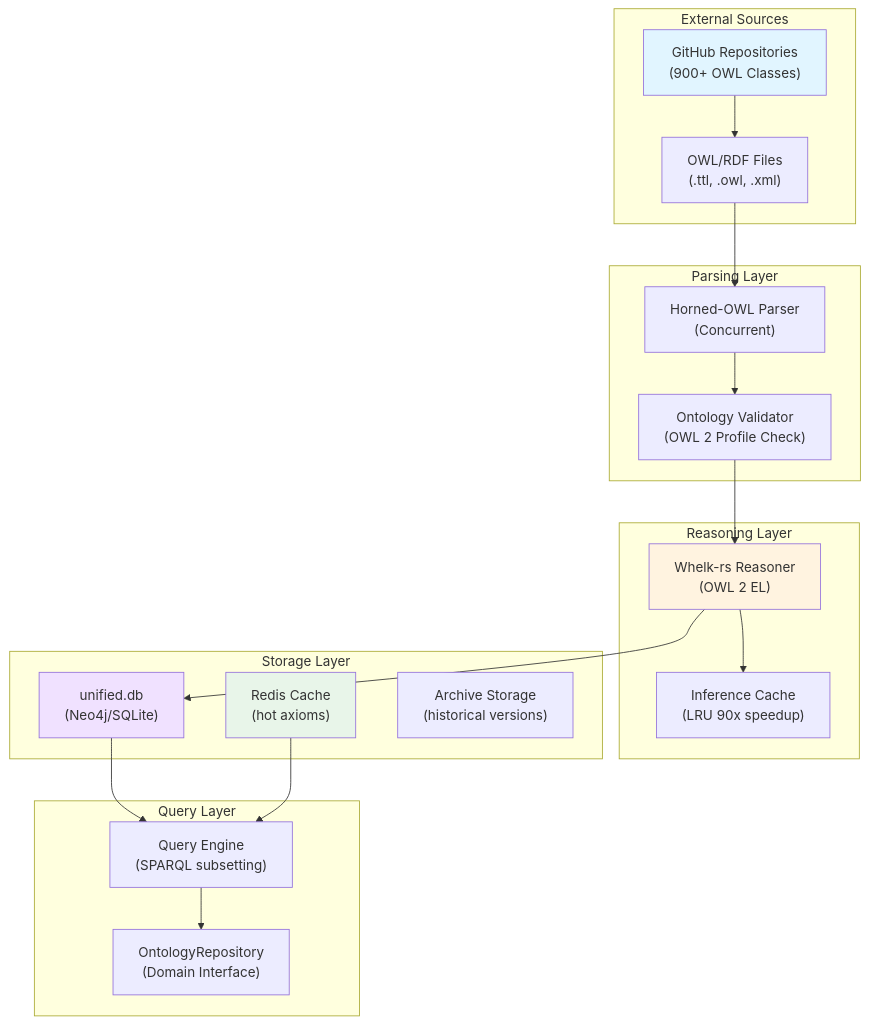
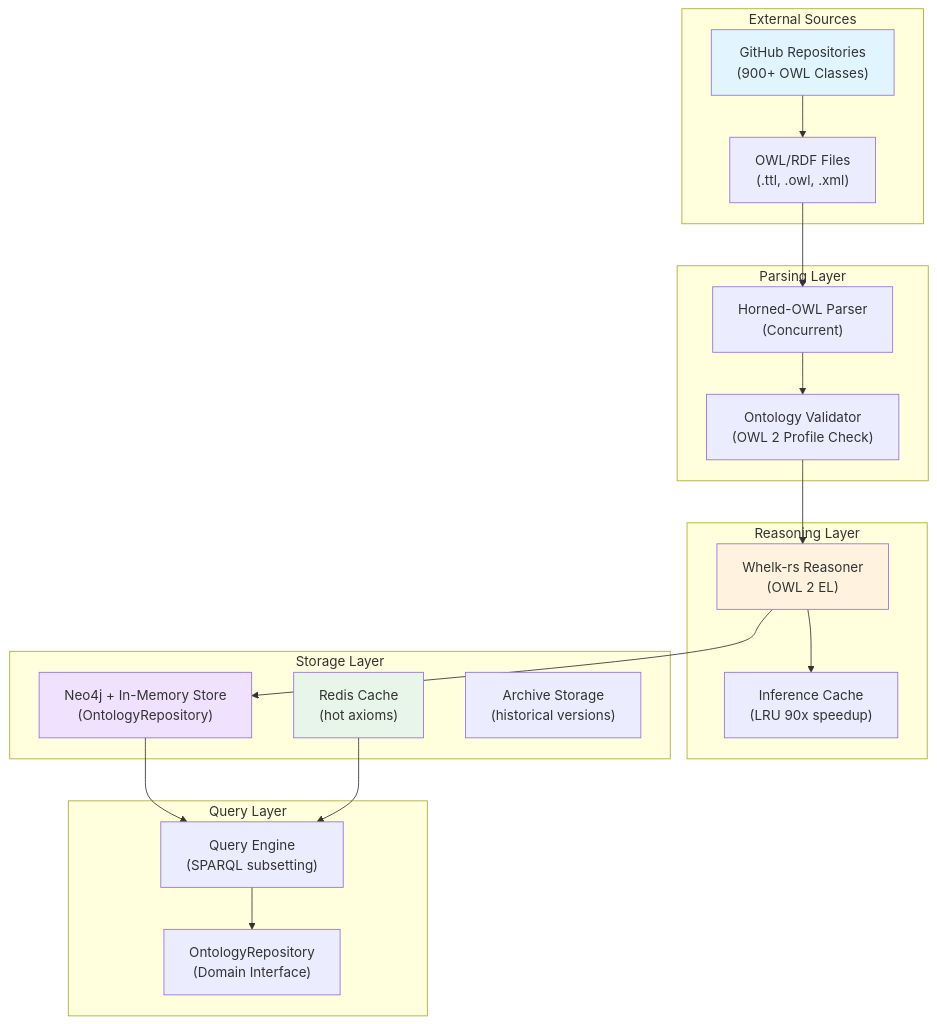
Before and after one commit to DreamLab-AI/VisionFlow: the first of 3 diagrams in docs/explanation/architecture/ontology-storage-architecture.md, drawn with Mermaid. The commit also changed other lines of this file and 22 other files, not shown here.

````diff
--- a/docs/explanation/architecture/ontology-storage-architecture.md
+++ b/docs/explanation/architecture/ontology-storage-architecture.md
@@ -23,44 +23,44 @@
 ```mermaid
 graph TB
     subgraph "External Sources"
         GitHub["GitHub Repositories<br/>(900+ OWL Classes)"]
         OWLFiles["OWL/RDF Files<br/>(.ttl, .owl, .xml)"]
     end
 
     subgraph "Parsing Layer"
         Parser["Horned-OWL Parser<br/>(Concurrent)"]
         Validator["Ontology Validator<br/>(OWL 2 Profile Check)"]
     end
 
     subgraph "Reasoning Layer"
         Whelk["Whelk-rs Reasoner<br/>(OWL 2 EL)"]
         InferenceCache["Inference Cache<br/>(LRU 90x speedup)"]
     end
 
     subgraph "Storage Layer"
-        PrimaryDB["unified.db<br/>(Neo4j/SQLite)"]
+        PrimaryDB["Neo4j + In-Memory Store<br/>(OntologyRepository)"]
         Cache["Redis Cache<br/>(hot axioms)"]
         Archive["Archive Storage<br/>(historical versions)"]
     end
 
     subgraph "Query Layer"
         OntologyRepo["OntologyRepository<br/>(Domain Interface)"]
         QueryEngine["Query Engine<br/>(SPARQL subsetting)"]
     end
 
     GitHub --> OWLFiles
     OWLFiles --> Parser
     Parser --> Validator
     Validator --> Whelk
     Whelk --> InferenceCache
     Whelk --> PrimaryDB
 
     PrimaryDB --> QueryEngine
     Cache --> QueryEngine
     QueryEngine --> OntologyRepo
 
     style GitHub fill:#e1f5ff
     style Whelk fill:#fff3e0
     style PrimaryDB fill:#f0e1ff
     style Cache fill:#e8f5e9
 ```
````
